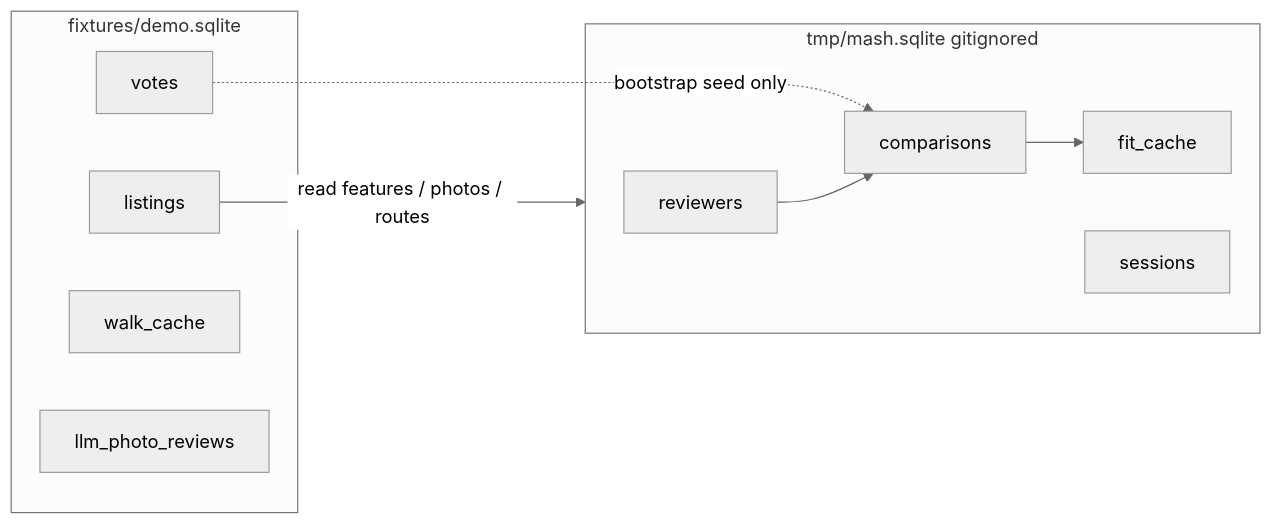
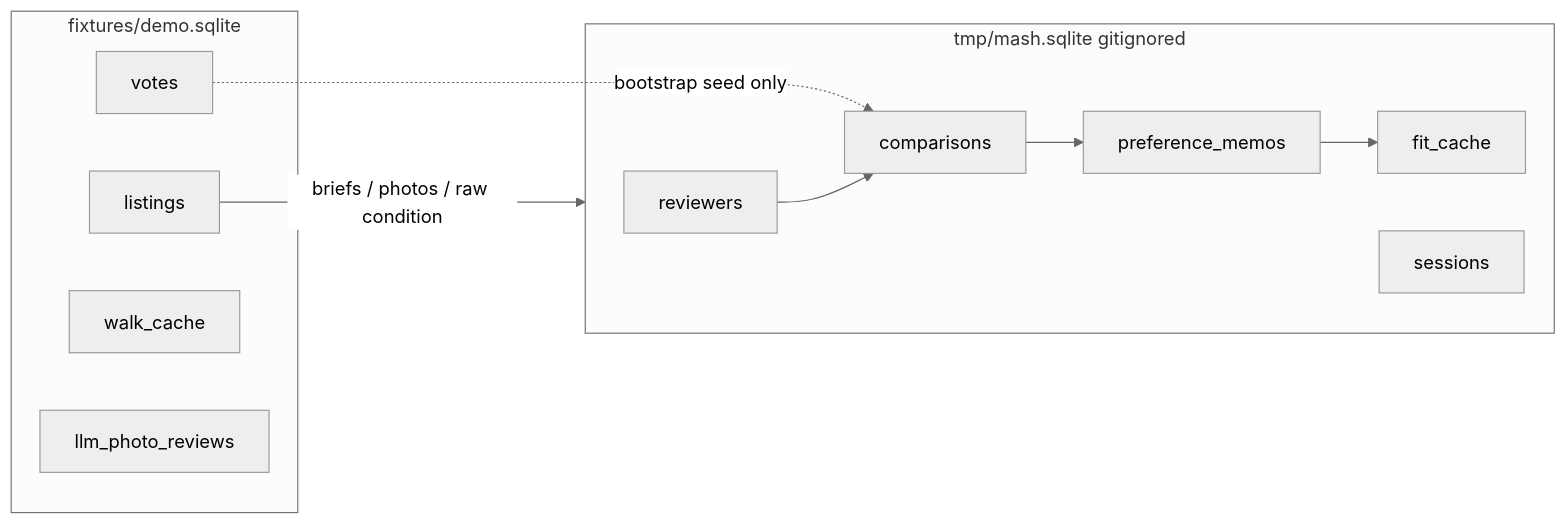
One commit to samkim0425/casita changed the diagram in README.md. Above: the diagram before and after it, drawn with Mermaid (neutral theme). The commit also changed other lines of this file and 14 other files, not shown here.

````diff
--- a/README.md
+++ b/README.md
@@ -35,21 +42,23 @@
 ```mermaid
 flowchart LR
   subgraph fixture["fixtures/demo.sqlite"]
     listings[listings]
     votes[votes]
     walk_cache[walk_cache]
     photo[llm_photo_reviews]
   end
 
   subgraph mash["tmp/mash.sqlite gitignored"]
     reviewers[reviewers]
     comparisons[comparisons]
+    memos[preference_memos]
     fit_cache[fit_cache]
     sessions[sessions]
   end
 
-  listings -->|read features / photos / routes| mash
+  listings -->|briefs / photos / raw condition| mash
   votes -.->|bootstrap seed only| comparisons
   reviewers --> comparisons
-  comparisons --> fit_cache
+  comparisons --> memos
+  memos --> fit_cache
 ```
````
